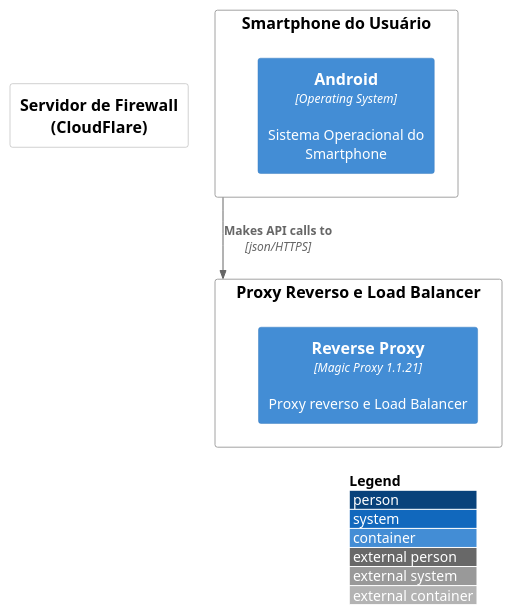
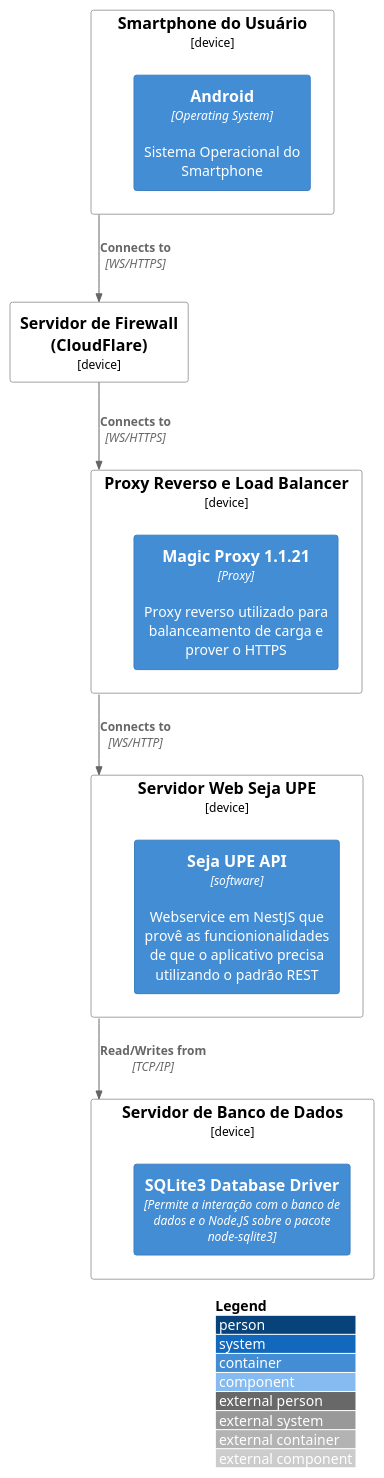
One commit to MurylloEx/Seja-UPE-Docs changed the diagram in src/3. Implantação/deployment.puml. Above: the diagram before and after it, drawn with PlantUML. The commit also changed 1 other file, not shown here.

Commit message:
:sparkles: feature: Created the Deployment View Diagram.

```diff
--- a/src/3. Implantação/deployment.puml
+++ b/src/3. Implantação/deployment.puml
@@ -1,21 +1,29 @@
-@startuml "bfdhdfh"
+@startuml "Deployment Diagram"
+
+!theme plain
+
 !include https://raw.githubusercontent.com/adrianvlupu/C4-PlantUML/latest/C4_Deployment.puml
+!include https://raw.githubusercontent.com/adrianvlupu/C4-PlantUML/latest/C4_Component.puml
 
 LAYOUT_WITH_LEGEND()
 
-Deployment_Node(A, "Smartphone do Usuário") {
-  Container(B, "Android", "Operating System", "Sistema Operacional do Smartphone")
+Deployment_Node(NODE_SMARTPHONE, "Smartphone do Usuário", "device") {
+  Container(NODE_ANDROID, "Android", "Operating System", "Sistema Operacional do Smartphone")
+}
+Deployment_Node(NODE_CLOUDFLARE, "Servidor de Firewall (CloudFlare)", "device")
+Deployment_Node(NODE_PROXY, "Proxy Reverso e Load Balancer", "device") {
+  Container(NODE_PROXY_RUNTIME, "Magic Proxy 1.1.21", "Proxy", "Proxy reverso utilizado para balanceamento de carga e prover o HTTPS")
+}
+Deployment_Node(NODE_WEBSERVER, "Servidor Web Seja UPE", "device") {
+  Container(NODE_WEBSERVER_API, "Seja UPE API", "software", "Webservice em NestJS que provê as funcionionalidades de que o aplicativo precisa utilizando o padrão REST")
+}
+Deployment_Node(NODE_DATABASE, "Servidor de Banco de Dados", "device") {
+  Container(NODE_SQLITE3_DRIVER, "SQLite3 Database Driver", "Permite a interação com o banco de dados e o Node.JS sobre o pacote node-sqlite3")
 }
 
-Deployment_Node(C, "Proxy Reverso e Load Balancer") {
-  Container(E, "Reverse Proxy", "Magic Proxy 1.1.21", "Proxy reverso e Load Balancer")
-}
-
-Deployment_Node(D, "Servidor de Firewall (CloudFlare)") {
-  
-}
-
-Rel(A, C, "Makes API calls to", "json/HTTPS")
-
+Rel(NODE_SMARTPHONE, NODE_CLOUDFLARE, "Connects to", "WS/HTTPS")
+Rel(NODE_CLOUDFLARE, NODE_PROXY, "Connects to", "WS/HTTPS")
+Rel(NODE_PROXY, NODE_WEBSERVER, "Connects to", "WS/HTTP")
+Rel(NODE_WEBSERVER, NODE_DATABASE, "Read/Writes from", "TCP/IP")
 
 @enduml
```
